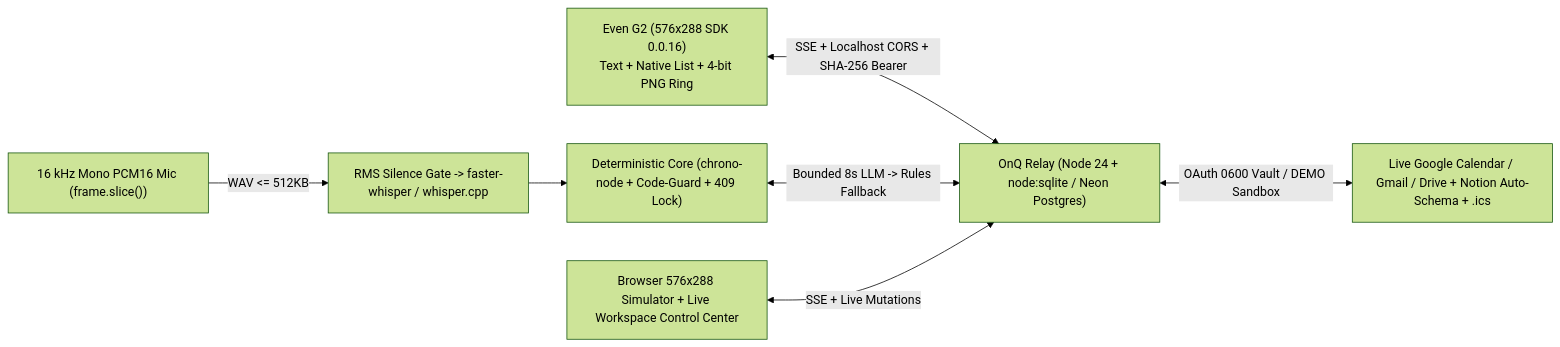
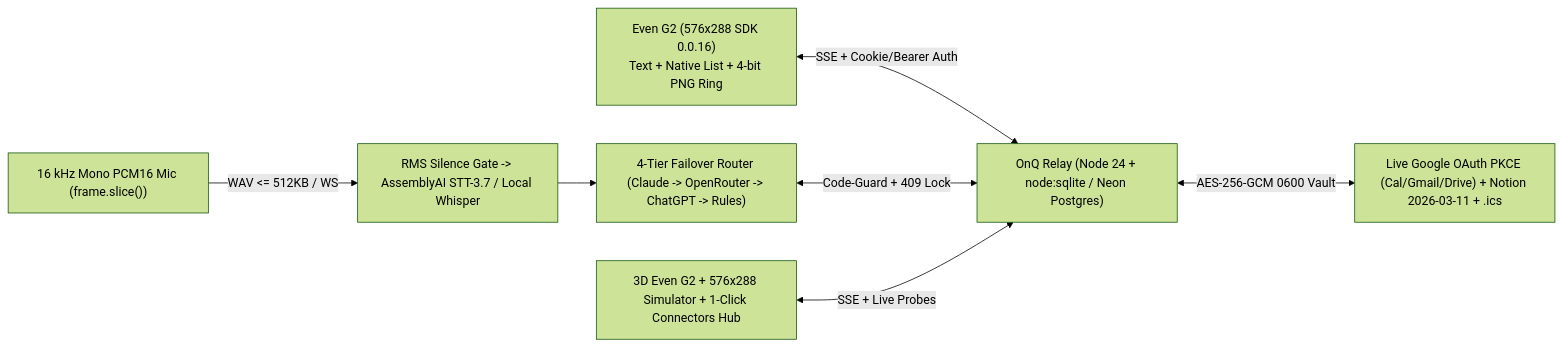
Before and after one commit to vaibhav4046/onq-even-g2: the diagram in README.md, drawn with Mermaid (forest theme). The commit also changed other lines of this file and 46 other files, not shown here.

Commit message:
feat: real OAuth PKCE, 1-click Connectors Hub, 4-tier failover harness, 3D Even G2 & verified eval charts

````diff
--- a/README.md
+++ b/README.md
@@ -53,16 +54,16 @@
 ```mermaid
 flowchart LR
   G2["Even G2 (576x288 SDK 0.0.16)\nText + Native List + 4-bit PNG Ring"]
   MIC["16 kHz Mono PCM16 Mic (frame.slice())"]
   RELAY["OnQ Relay (Node 24 + node:sqlite / Neon Postgres)"]
-  STT["RMS Silence Gate -> faster-whisper / whisper.cpp"]
-  CORE["Deterministic Core (chrono-node + Code-Guard + 409 Lock)"]
-  WS["Live Google Calendar / Gmail / Drive + Notion Auto-Schema + .ics"]
-  WEB["Browser 576x288 Simulator + Live Workspace Control Center"]
+  STT["RMS Silence Gate -> AssemblyAI STT-3.7 / Local Whisper"]
+  ROUTER["4-Tier Failover Router (Claude -> OpenRouter -> ChatGPT -> Rules)"]
+  WS["Live Google OAuth PKCE (Cal/Gmail/Drive) + Notion 2026-03-11 + .ics"]
+  WEB["3D Even G2 + 576x288 Simulator + 1-Click Connectors Hub"]
 
-  G2 <-->|"SSE + Localhost CORS + SHA-256 Bearer"| RELAY
-  MIC -->|"WAV <= 512KB"| STT --> CORE
-  CORE <-->|"Bounded 8s LLM -> Rules Fallback"| RELAY
-  RELAY <-->|"OAuth 0600 Vault / DEMO Sandbox"| WS
-  WEB <-->|"SSE + Live Mutations"| RELAY
+  G2 <-->|"SSE + Cookie/Bearer Auth"| RELAY
+  MIC -->|"WAV <= 512KB / WS"| STT --> ROUTER
+  ROUTER <-->|"Code-Guard + 409 Lock"| RELAY
+  RELAY <-->|"AES-256-GCM 0600 Vault"| WS
+  WEB <-->|"SSE + Live Probes"| RELAY
 ```
````
